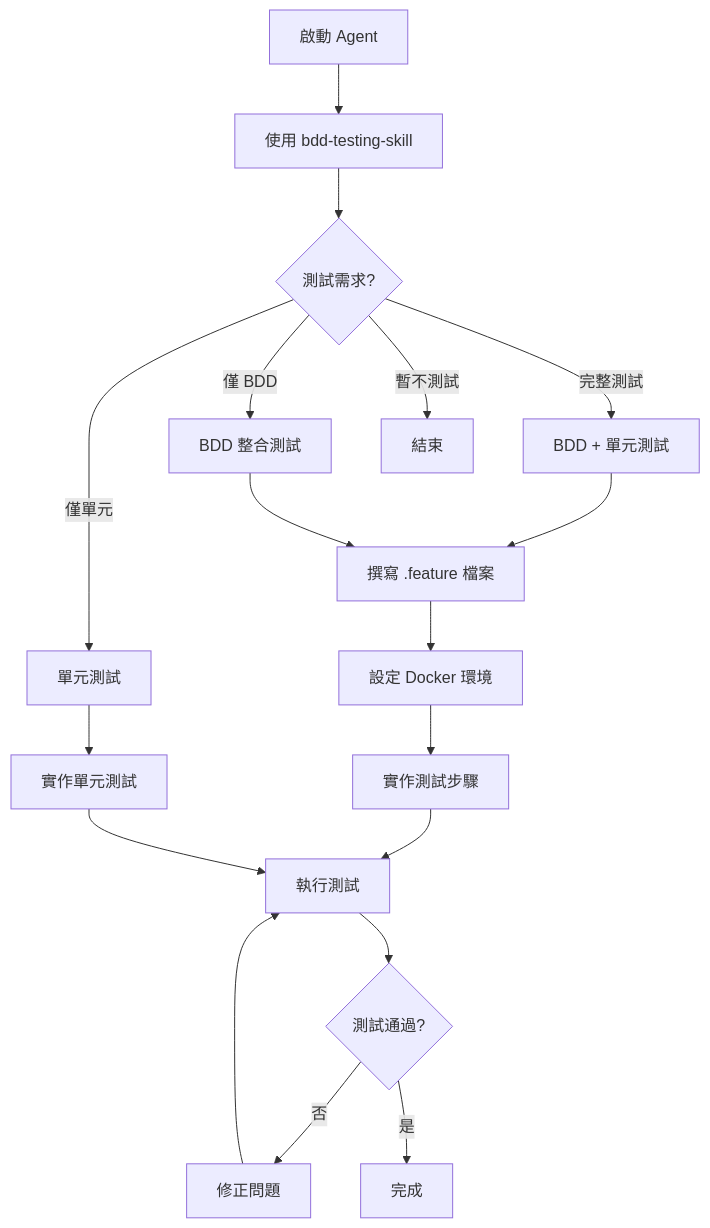
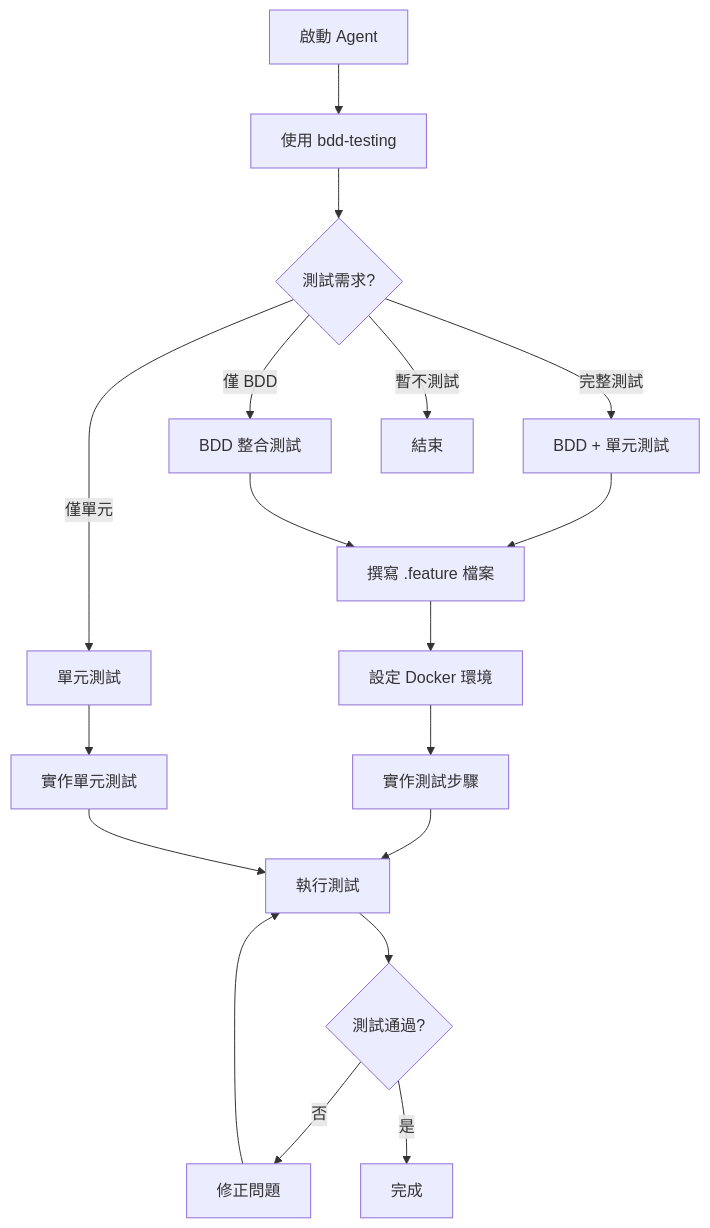
Before and after one commit to yaochangyu/api.template: the diagram in .github/dotnet-contribution-claude-1/agents/testing-strategy-agent/agent.md, drawn with Mermaid. The commit also changed other lines of this file and 25 other files, not shown here.

````diff
--- a/.github/dotnet-contribution-claude-1/agents/testing-strategy-agent/agent.md
+++ b/.github/dotnet-contribution-claude-1/agents/testing-strategy-agent/agent.md
@@ -15,20 +15,20 @@
 ```mermaid
 graph TD
-    A[啟動 Agent] --> B[使用 bdd-testing-skill]
+    A[啟動 Agent] --> B[使用 bdd-testing]
     B --> C{測試需求?}
     C -->|完整測試| D[BDD + 單元測試]
     C -->|僅 BDD| E[BDD 整合測試]
     C -->|僅單元| F[單元測試]
     C -->|暫不測試| G[結束]
     D --> H[撰寫 .feature 檔案]
     E --> H
     H --> I[設定 Docker 環境]
     I --> J[實作測試步驟]
     J --> K[執行測試]
     K --> L{測試通過?}
     L -->|否| M[修正問題]
     L -->|是| N[完成]
     M --> K
     F --> O[實作單元測試]
     O --> K
 ```
````
